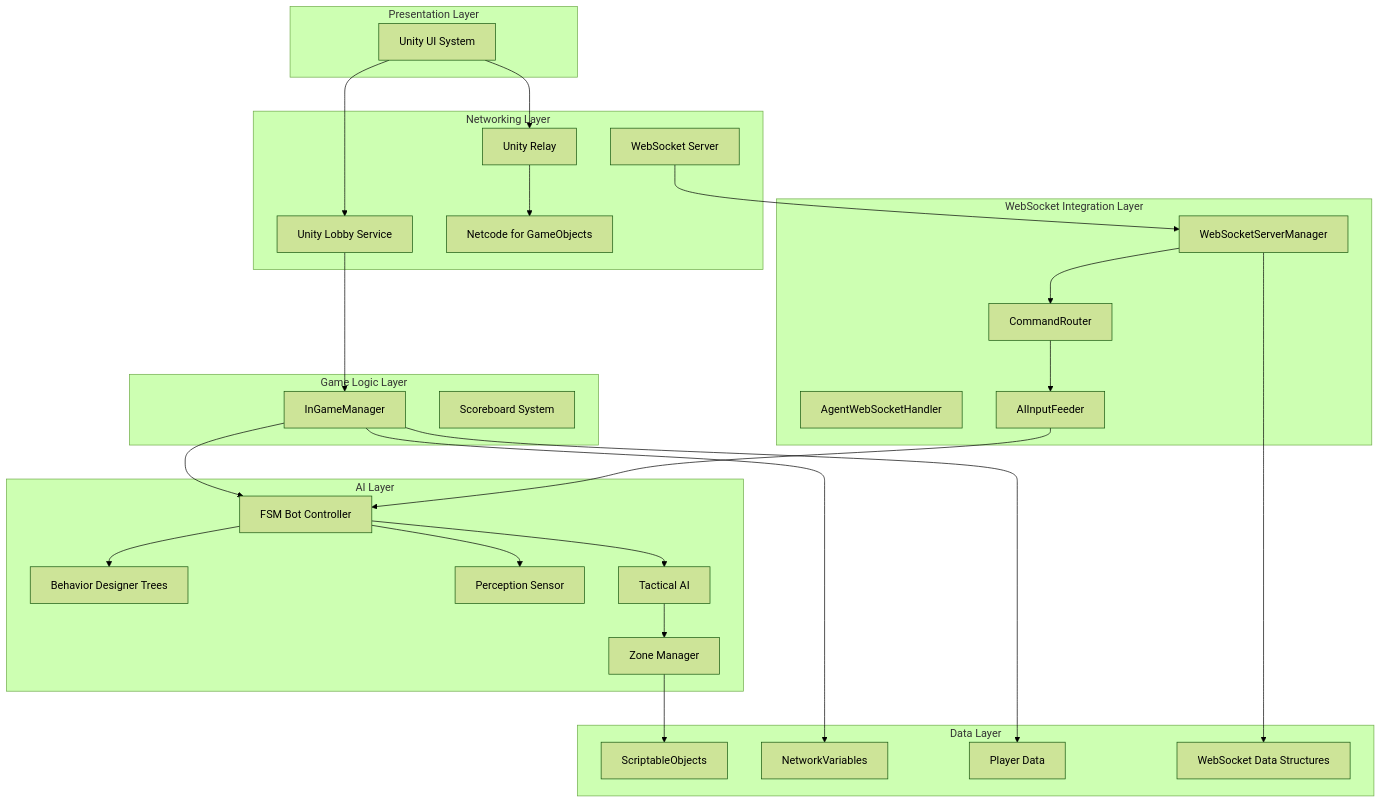
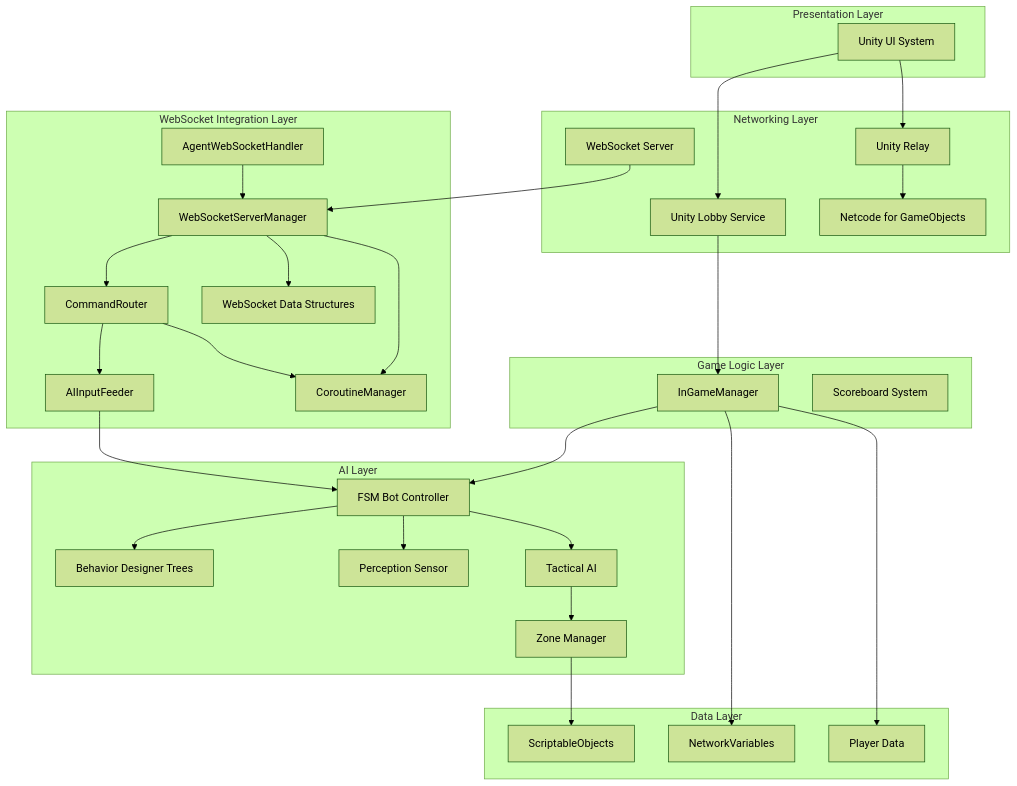
The first of 9 diagrams in .qoder/repowiki/en/content/Project Overview/System Architecture Overview.md (kandeng/AI-Controlled-battle-game), drawn with Mermaid (forest theme) before and after one commit. The commit also changed other lines of this file and 76 other files, not shown here.

````diff
--- a/.qoder/repowiki/en/content/Project Overview/System Architecture Overview.md
+++ b/.qoder/repowiki/en/content/Project Overview/System Architecture Overview.md
@@ -58,52 +58,57 @@
 ```mermaid
 graph TB
 subgraph "Presentation Layer"
 UI[Unity UI System]
 end
 subgraph "Networking Layer"
 Relay[Unity Relay]
 Lobby[Unity Lobby Service]
 NGO[Netcode for GameObjects]
 WebSocket[WebSocket Server]
 end
 subgraph "Game Logic Layer"
 InGame[InGameManager]
 Scoreboard[Scoreboard System]
 end
 subgraph "AI Layer"
 FSM[FSM Bot Controller]
 BT[Behavior Designer Trees]
 Percept[Perception Sensor]
 Tactics[Tactical AI]
 ZoneMgr[Zone Manager]
 end
 subgraph "WebSocket Integration Layer"
 WSManager[WebSocketServerManager]
 CommandRouter[CommandRouter]
 AgentHandler[AgentWebSocketHandler]
 AIInput[AIInputFeeder]
+WSData[WebSocket Data Structures]
+CoroutineMgr[CoroutineManager]
 end
 subgraph "Data Layer"
 SO[ScriptableObjects]
 NV[NetworkVariables]
 PlayerData[Player Data]
 WSData[WebSocket Data Structures]
 end
 UI --> Lobby
 UI --> Relay
 Relay --> NGO
 Lobby --> InGame
 InGame --> FSM
 FSM --> BT
 FSM --> Percept
 FSM --> Tactics
 Tactics --> ZoneMgr
 ZoneMgr --> SO
 InGame --> NV
 InGame --> PlayerData
 WebSocket --> WSManager
 WSManager --> CommandRouter
 CommandRouter --> AIInput
 AIInput --> FSM
 WSManager --> WSData
+WSManager --> CoroutineMgr
+CommandRouter --> CoroutineMgr
+AgentHandler --> WSManager
 ```
````
